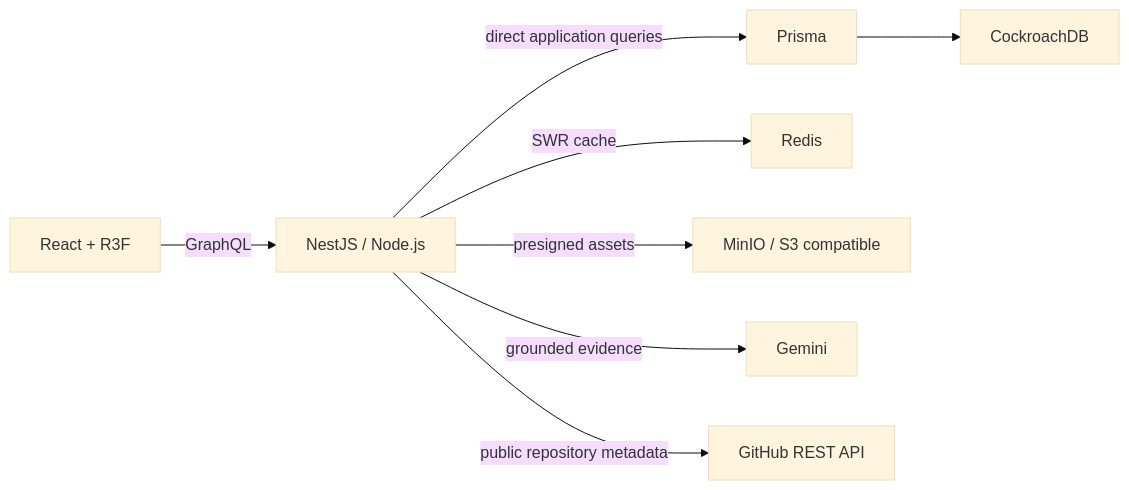
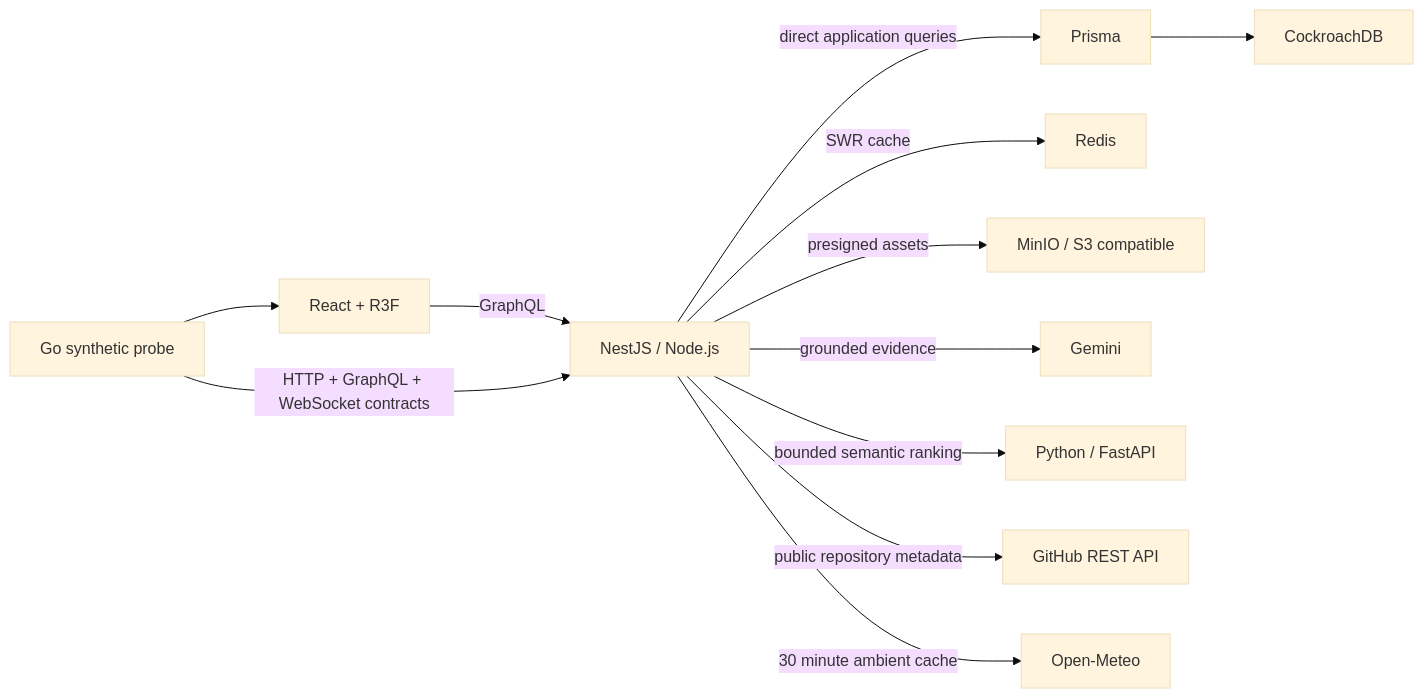
One commit to Sskutushev/sskutushev-site changed the diagram in docs/architecture/overview.md. Above: the diagram before and after it, drawn with Mermaid (base theme). The commit also changed other lines of this file and 123 other files, not shown here.

````diff
--- a/docs/architecture/overview.md
+++ b/docs/architecture/overview.md
@@ -3,10 +3,14 @@
 ```mermaid
 flowchart LR
   Browser[React + R3F] -->|GraphQL| API[NestJS / Node.js]
   API -->|direct application queries| Prisma
   Prisma --> CockroachDB
   API -->|SWR cache| Redis
   API -->|presigned assets| S3[MinIO / S3 compatible]
   API -->|grounded evidence| Gemini
+  API -->|bounded semantic ranking| Semantic[Python / FastAPI]
   API -->|public repository metadata| GitHub[GitHub REST API]
+  API -->|30 minute ambient cache| Weather[Open-Meteo]
+  Probe[Go synthetic probe] -->|HTTP + GraphQL + WebSocket contracts| API
+  Probe --> Browser
 ```
````
